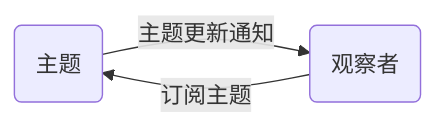
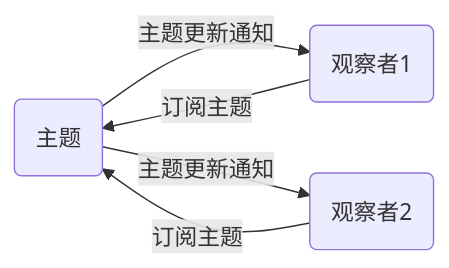
Before and after one commit to hybtalented/study: the diagram in design_pattern/observer_pattern.md, drawn with Mermaid. The commit also changed other lines of this file and 1 other file, not shown here.

Commit message:
更新观察者模式

````diff
--- a/design_pattern/observer_pattern.md
+++ b/design_pattern/observer_pattern.md
@@ -7,5 +7,7 @@
 ``` mermaid
 graph LR
-   sub(主题) -- 主题更新通知 --> ob(观察者)
-   ob --  订阅主题 --> sub
+   sub(主题) -- 主题更新通知 --> ob1(观察者1)
+   sub(主题) -- 主题更新通知 --> ob2(观察者2)
+   ob1 --  订阅主题 --> sub
+   ob2 --  订阅主题 --> sub
 ```
````
